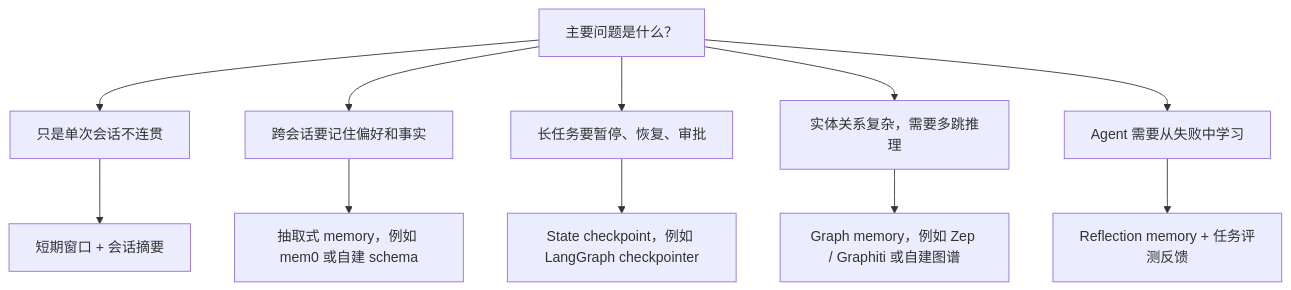
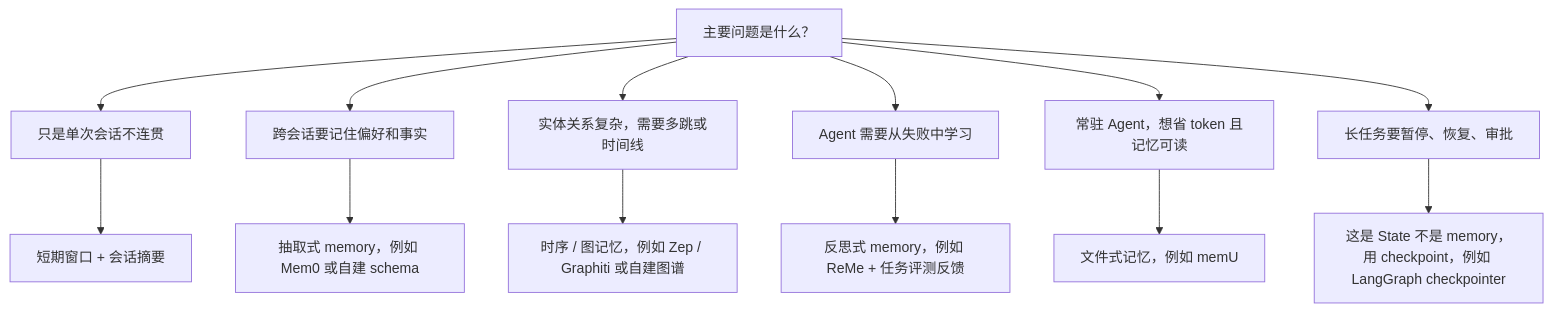
Before and after one commit to Yu-Yantao/yu-yantao.github.io: the diagram in content/blog/2026-05-28-agent-context-memory/index.md, drawn with Mermaid. The commit also changed other lines of this file and 7 other files, not shown here.

```diff
--- a/content/blog/2026-05-28-agent-context-memory/index.md
+++ b/content/blog/2026-05-28-agent-context-memory/index.md
@@ -441,16 +436,18 @@
 {{< mermaid >}}
 flowchart TD
 Q["主要问题是什么？"]
 Q --> A["只是单次会话不连贯"]
 Q --> B["跨会话要记住偏好和事实"]
-Q --> C["长任务要暂停、恢复、审批"]
-Q --> D["实体关系复杂，需要多跳推理"]
-Q --> E["Agent 需要从失败中学习"]
+Q --> C["实体关系复杂，需要多跳或时间线"]
+Q --> D["Agent 需要从失败中学习"]
+Q --> E["常驻 Agent，想省 token 且记忆可读"]
+Q --> F["长任务要暂停、恢复、审批"]
 
     A --> A1["短期窗口 + 会话摘要"]
-    B --> B1["抽取式 memory，例如 mem0 或自建 schema"]
-    C --> C1["State checkpoint，例如 LangGraph checkpointer"]
-    D --> D1["Graph memory，例如 Zep / Graphiti 或自建图谱"]
-    E --> E1["Reflection memory + 任务评测反馈"]
+    B --> B1["抽取式 memory，例如 Mem0 或自建 schema"]
+    C --> C1["时序 / 图记忆，例如 Zep / Graphiti 或自建图谱"]
+    D --> D1["反思式 memory，例如 ReMe + 任务评测反馈"]
+    E --> E1["文件式记忆，例如 memU"]
+    F --> F1["这是 State 不是 memory，用 checkpoint，例如 LangGraph checkpointer"]
 
 {{< /mermaid >}}
```
